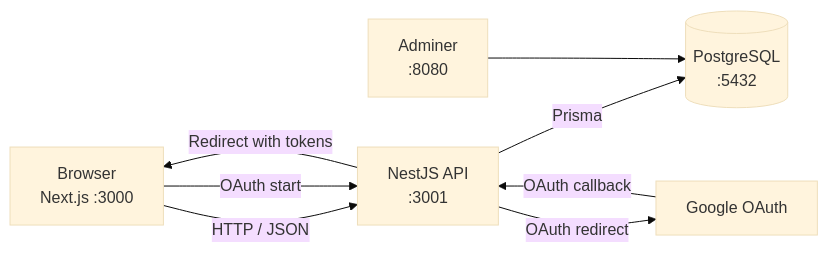
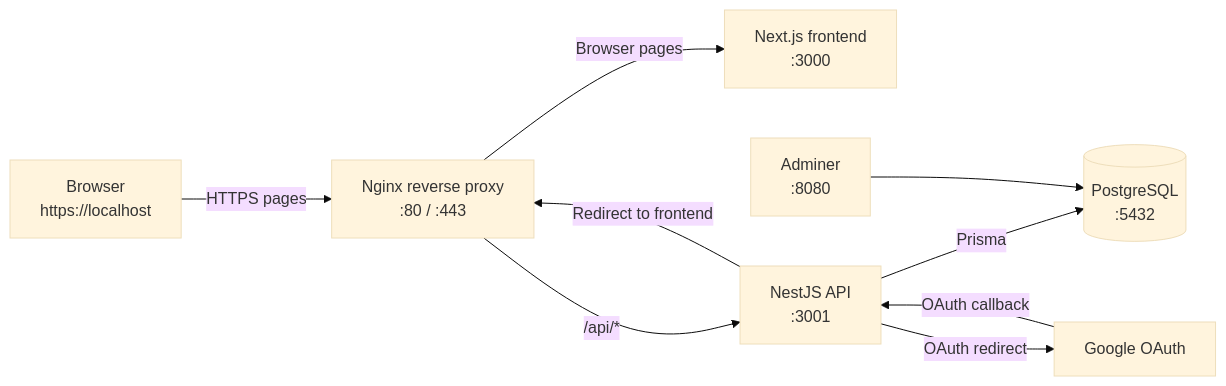
The first of 7 diagrams in README.md (ALIELYOUSS/ft_transcendence), drawn with Mermaid (base theme) before and after one commit. The commit also changed other lines of this file and 5 other files, not shown here.

First line of the commit message:
feat(deployment): add containerized services and HTTPS reverse proxy

````diff
--- a/README.md
+++ b/README.md
@@ -23,16 +35,19 @@
 ```mermaid
 flowchart LR
-    Browser["Browser<br/>Next.js :3000"]
+    Browser["Browser<br/>https://localhost"]
+    Nginx["Nginx reverse proxy<br/>:80 / :443"]
+    Frontend["Next.js frontend<br/>:3000"]
     API["NestJS API<br/>:3001"]
     DB[("PostgreSQL<br/>:5432")]
     Adminer["Adminer<br/>:8080"]
     Google["Google OAuth"]
 
-    Browser -->|"HTTP / JSON"| API
-    Browser -->|"OAuth start"| API
+    Browser -->|"HTTPS pages"| Nginx
+    Nginx -->|"Browser pages"| Frontend
+    Nginx -->|"/api/*"| API
     API -->|"Prisma"| DB
     Adminer --> DB
     API -->|"OAuth redirect"| Google
     Google -->|"OAuth callback"| API
-    API -->|"Redirect with tokens"| Browser
+    API -->|"Redirect to frontend"| Nginx
 ```
````
